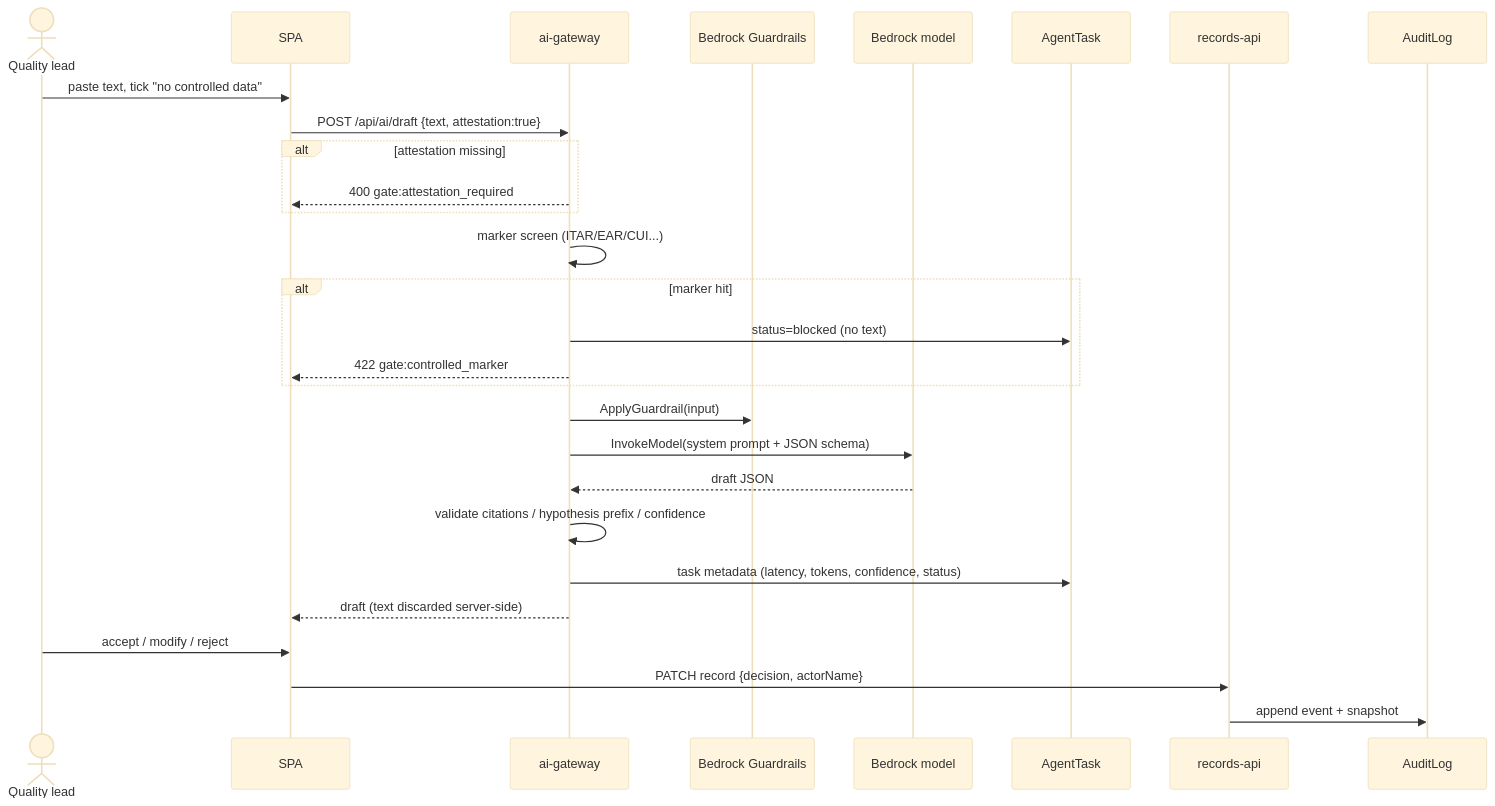
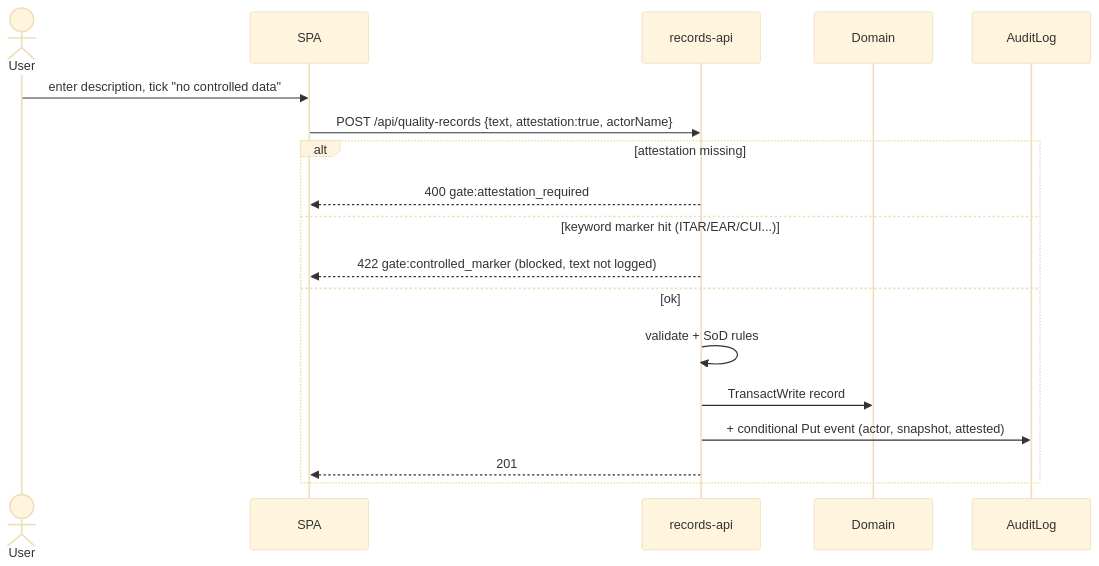
One commit to vishwasvr/SentinelQA changed the second of 3 diagrams in docs/architecture/diagrams.md. Above: the diagram before and after it, drawn with Mermaid (base theme). The commit also changed other lines of this file and 1 other file, not shown here.

Commit message:
Architecture v0.2: record resolved decisions D-01..D-14 (AI deferred, single account, 7y retention, email alerts)

````diff
--- a/docs/architecture/diagrams.md
+++ b/docs/architecture/diagrams.md
@@ -32,30 +29,20 @@
 ```mermaid
 sequenceDiagram
-  actor QL as Quality lead
+  actor U as User
   participant SPA
-  participant AG as ai-gateway
-  participant GR as Bedrock Guardrails
-  participant M as Bedrock model
-  participant AT as AgentTask
   participant RA as records-api
+  participant DDB as Domain
   participant AL as AuditLog
-  QL->>SPA: paste text, tick "no controlled data"
-  SPA->>AG: POST /api/ai/draft {text, attestation:true}
+  U->>SPA: enter description, tick "no controlled data"
+  SPA->>RA: POST /api/quality-records {text, attestation:true, actorName}
   alt attestation missing
-    AG-->>SPA: 400 gate:attestation_required
+    RA-->>SPA: 400 gate:attestation_required
+  else keyword marker hit (ITAR/EAR/CUI...)
+    RA-->>SPA: 422 gate:controlled_marker (blocked, text not logged)
+  else ok
+    RA->>RA: validate + SoD rules
+    RA->>DDB: TransactWrite record
+    RA->>AL: + conditional Put event (actor, snapshot, attested)
+    RA-->>SPA: 201
   end
-  AG->>AG: marker screen (ITAR/EAR/CUI...)
-  alt marker hit
-    AG->>AT: status=blocked (no text)
-    AG-->>SPA: 422 gate:controlled_marker
-  end
-  AG->>GR: ApplyGuardrail(input)
-  AG->>M: InvokeModel(system prompt + JSON schema)
-  M-->>AG: draft JSON
-  AG->>AG: validate citations / hypothesis prefix / confidence
-  AG->>AT: task metadata (latency, tokens, confidence, status)
-  AG-->>SPA: draft (text discarded server-side)
-  QL->>SPA: accept / modify / reject
-  SPA->>RA: PATCH record {decision, actorName}
-  RA->>AL: append event + snapshot
 ```
````
